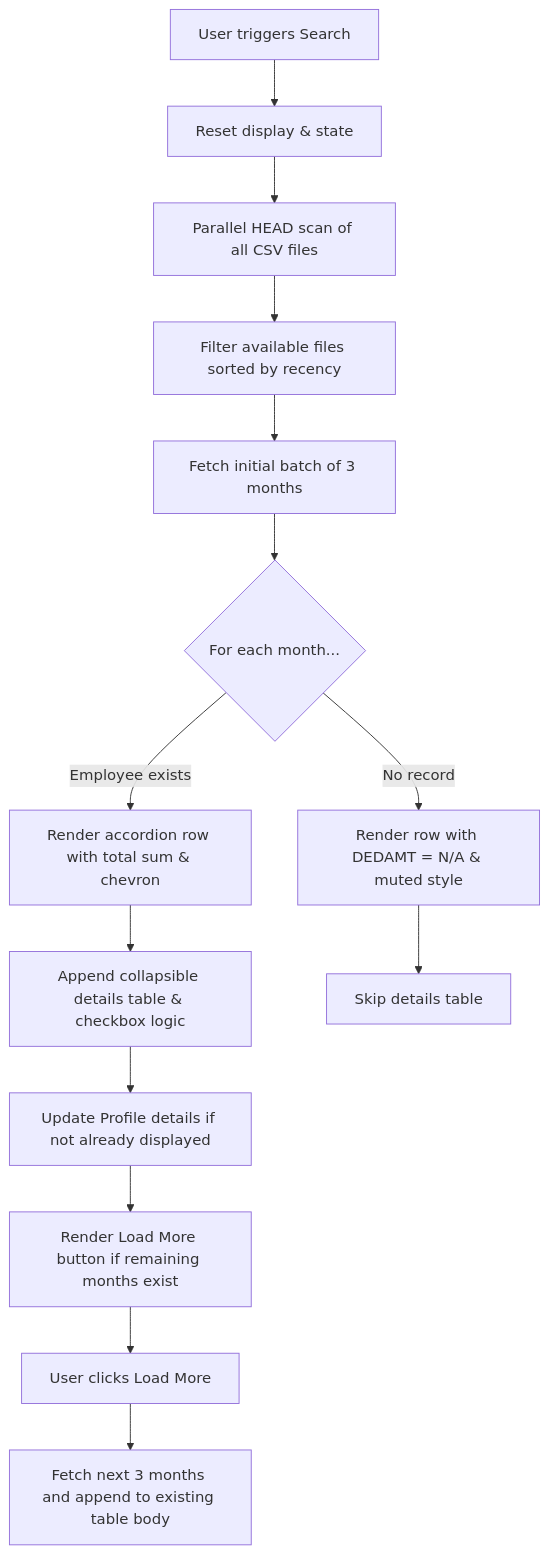
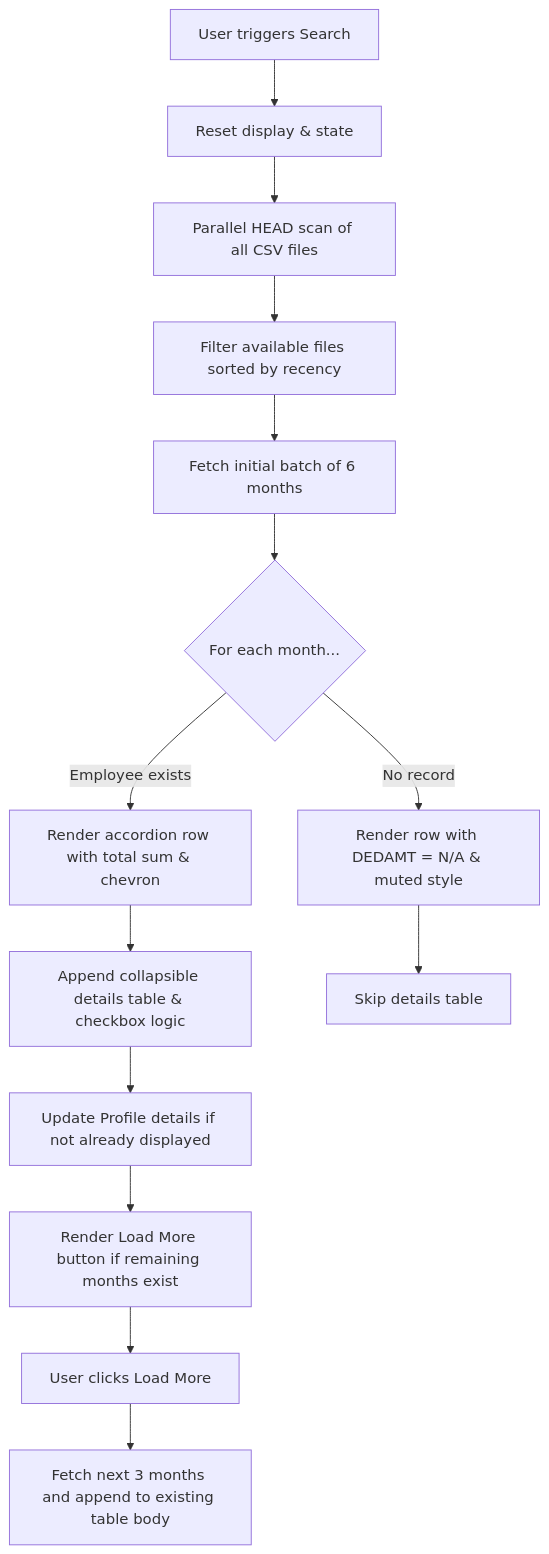
One commit to JohnPaulInso/csbnetpay changed the diagram in docs/multi_month_accordion_pagination.md. Above: the diagram before and after it, drawn with Mermaid. The commit also changed other lines of this file and 6 other files, not shown here.

````diff
--- a/docs/multi_month_accordion_pagination.md
+++ b/docs/multi_month_accordion_pagination.md
@@ -7,16 +7,16 @@
 ```mermaid
 graph TD
     A[User triggers Search] --> B[Reset display & state]
     B --> C[Parallel HEAD scan of all CSV files]
     C --> D[Filter available files sorted by recency]
-    D --> E[Fetch initial batch of 3 months]
+    D --> E[Fetch initial batch of 6 months]
     E --> F{For each month...}
     F -->|Employee exists| G[Render accordion row with total sum & chevron]
     F -->|No record| H[Render row with DEDAMT = N/A & muted style]
     G --> I[Append collapsible details table & checkbox logic]
     H --> J[Skip details table]
     I --> K[Update Profile details if not already displayed]
     K --> L[Render Load More button if remaining months exist]
     L --> M[User clicks Load More]
     M --> N[Fetch next 3 months and append to existing table body]
 ```
````
